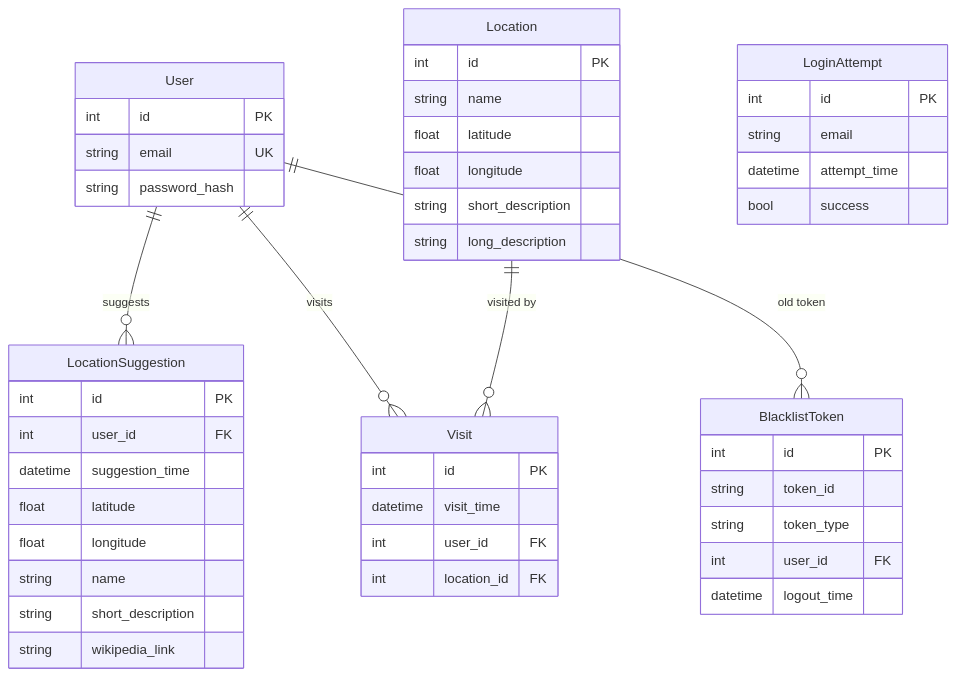
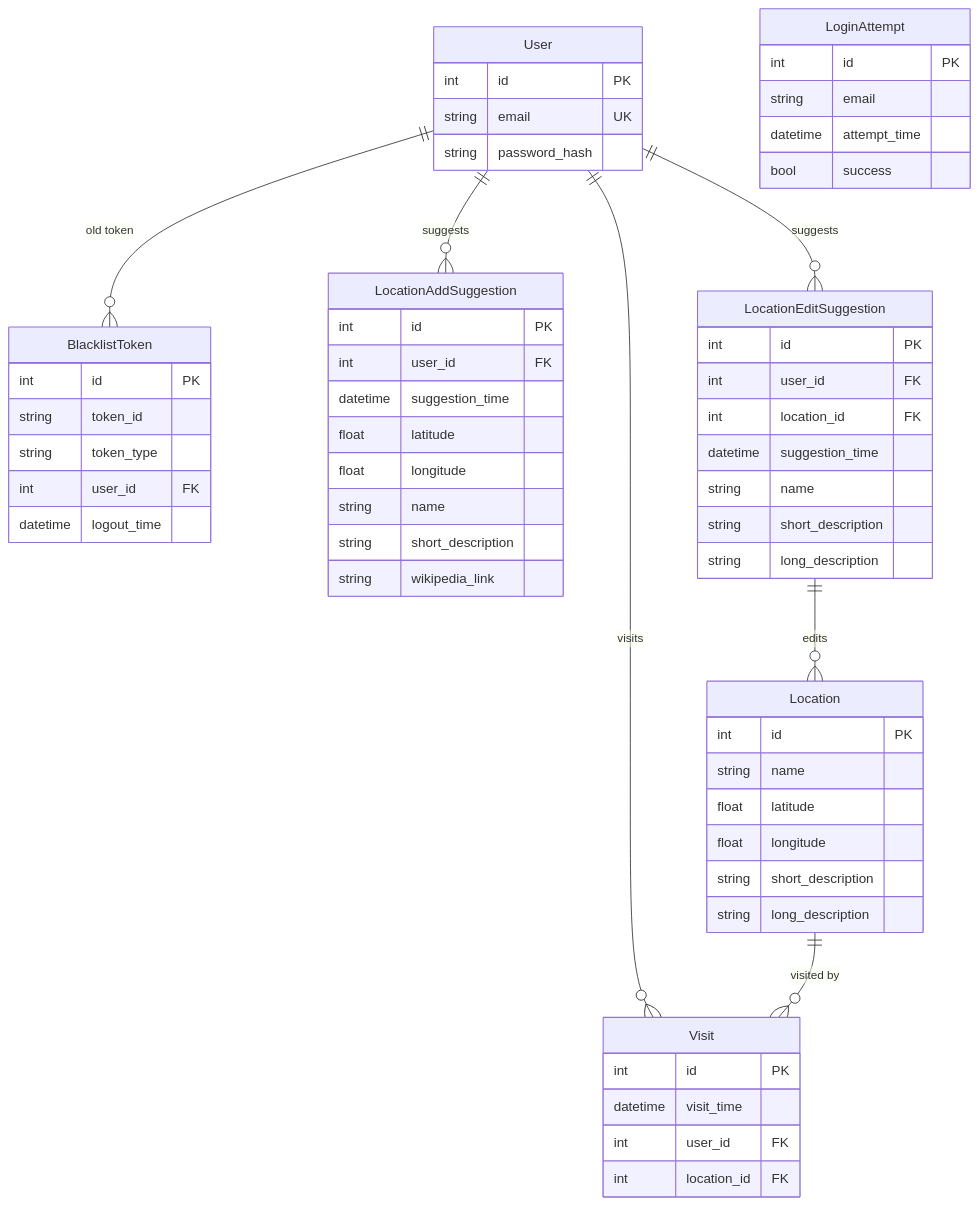
The diagram in documentation/docs/Documentation/Database.md (CS-495-Historical-Sites/remnant), drawn with Mermaid before and after one commit. The commit also changed 20 other files, not shown here.

Commit message:
documentation; better view edit suggestion on web

````diff
--- a/documentation/docs/Documentation/Database.md
+++ b/documentation/docs/Documentation/Database.md
@@ -3,50 +3,61 @@
 ``` mermaid
 erDiagram
     User {
         int id  PK
         string email UK
         string password_hash 
     }
     Location {
         int id  PK
         string name 
         float latitude
         float longitude
         string short_description
         string long_description
     }
     Visit {
         int id  PK
         datetime visit_time 
         int user_id  FK
         int location_id  FK
     }
     BlacklistToken {
         int id PK
         string token_id
         string token_type
         int user_id FK
         datetime logout_time
     }
-    LocationSuggestion {
+    LocationAddSuggestion {
         int id  PK
         int user_id  FK
         datetime suggestion_time
         float latitude
         float longitude
         string name 
         string short_description
         string wikipedia_link
     }
+    LocationEditSuggestion {
+        int id PK
+        int user_id FK
+        int location_id FK
+        datetime suggestion_time
+        string name 
+        string short_description
+        string long_description
+    }
     LoginAttempt {
         int id PK
         string email
         datetime attempt_time
         bool success
     }
 
-    User ||--o{ LocationSuggestion : "suggests"
+    User ||--o{ LocationAddSuggestion : "suggests"
+    User ||--o{ LocationEditSuggestion : "suggests"
+    LocationEditSuggestion ||--o{ Location : "edits"
     User ||--o{ Visit : "visits"
     Location ||--o{ Visit : "visited by"
     User ||--o{BlacklistToken : "old token"
 ```
````
